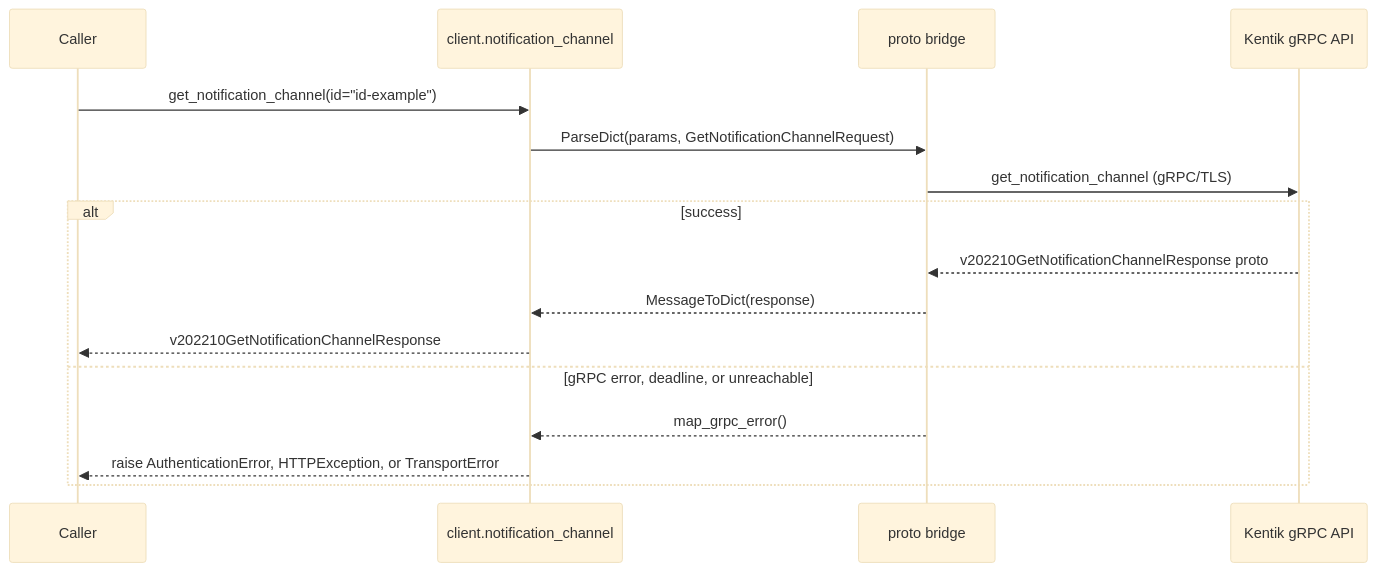
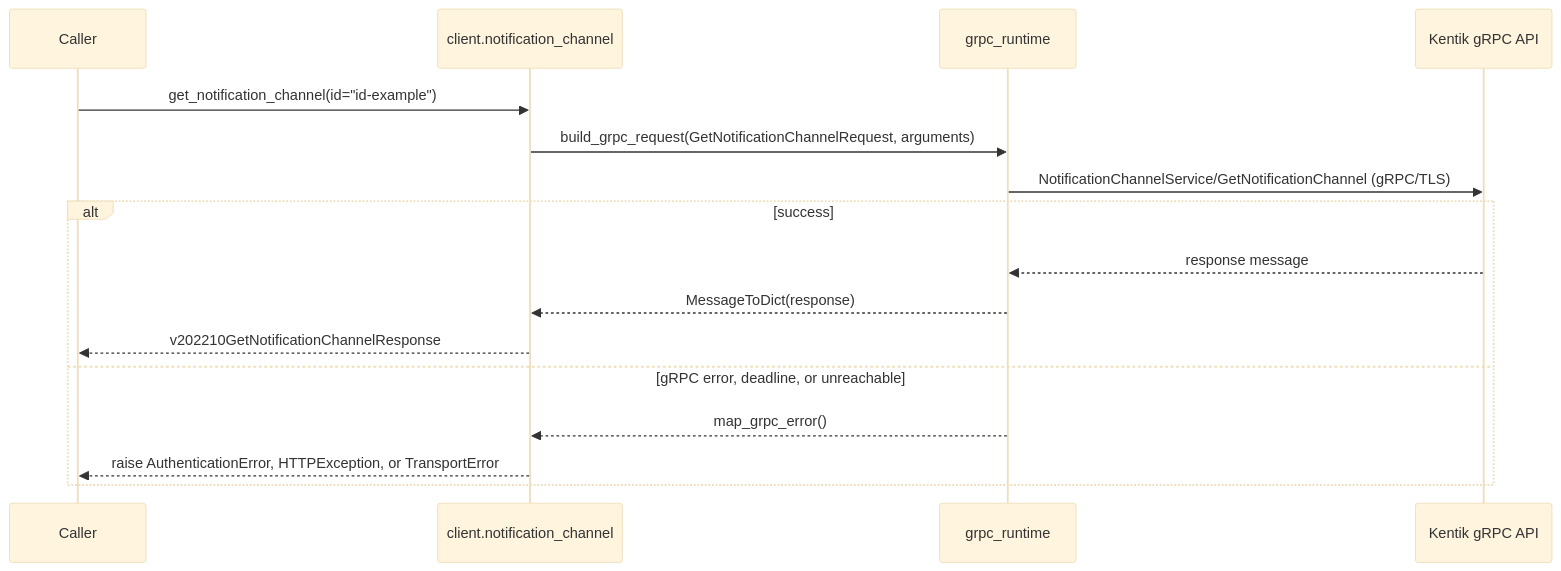
The seventh of 8 diagrams in docs/sphinx/services/notification_channel.md (alexdearaujo/community_sdk_python), drawn with Mermaid (base theme) before and after one commit. The commit also changed other lines of this file and 37 other files, not shown here.

First line of the commit message:
docs: show the real RPC in each service page's gRPC diagram

````diff
--- a/docs/sphinx/services/notification_channel.md
+++ b/docs/sphinx/services/notification_channel.md
@@ -203,19 +203,19 @@
 ```mermaid
 sequenceDiagram
     participant C as Caller
     participant W as client.notification_channel
-    participant B as proto bridge
+    participant R as grpc_runtime
     participant API as Kentik gRPC API
 
     C->>W: get_notification_channel(id="id-example")
-    W->>B: ParseDict(params, GetNotificationChannelRequest)
-    B->>API: get_notification_channel (gRPC/TLS)
+    W->>R: build_grpc_request(GetNotificationChannelRequest, arguments)
+    R->>API: NotificationChannelService/GetNotificationChannel (gRPC/TLS)
     alt success
-        API-->>B: v202210GetNotificationChannelResponse proto
-        B-->>W: MessageToDict(response)
+        API-->>R: response message
+        R-->>W: MessageToDict(response)
         W-->>C: v202210GetNotificationChannelResponse
     else gRPC error, deadline, or unreachable
-        B-->>W: map_grpc_error()
+        R-->>W: map_grpc_error()
         W-->>C: raise AuthenticationError, HTTPException, or TransportError
     end
 ```
````
